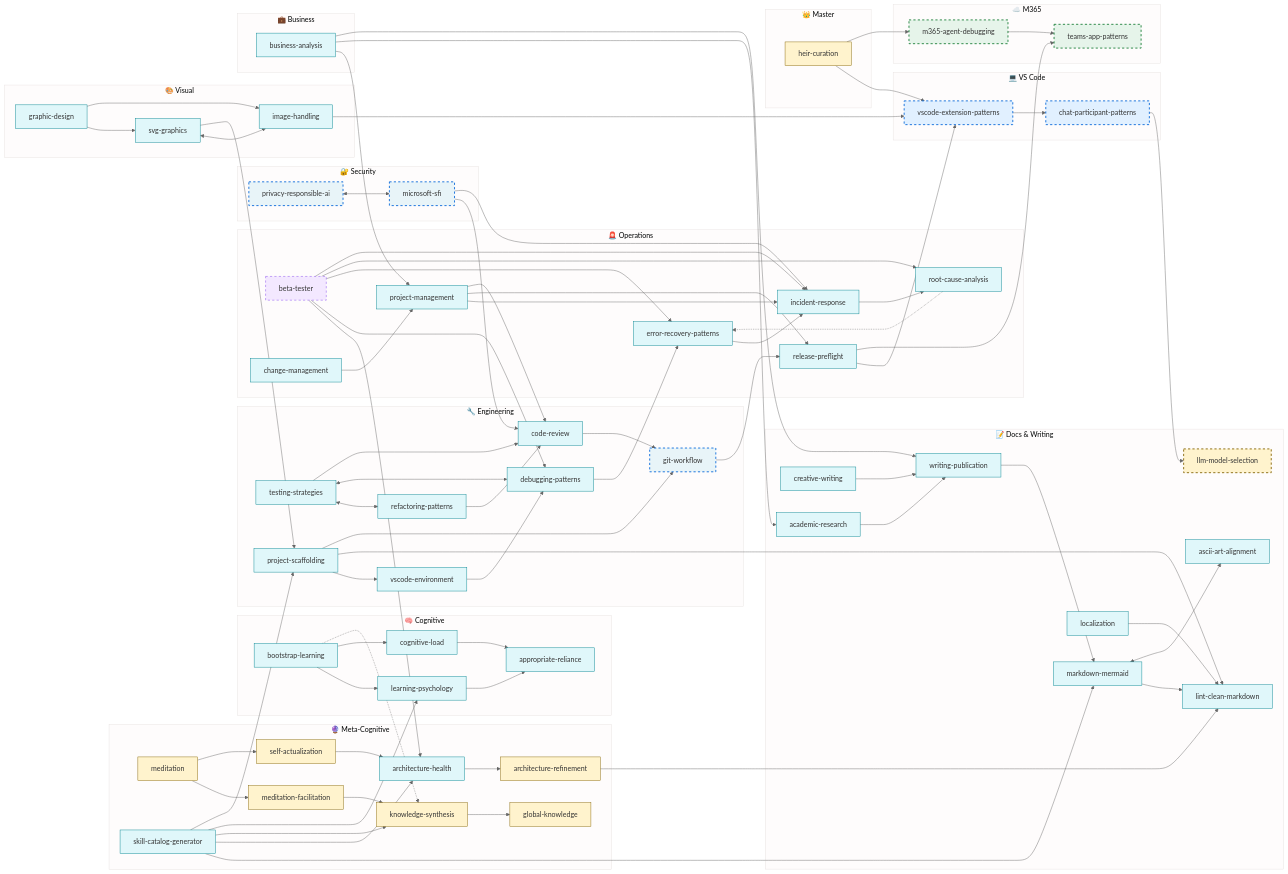
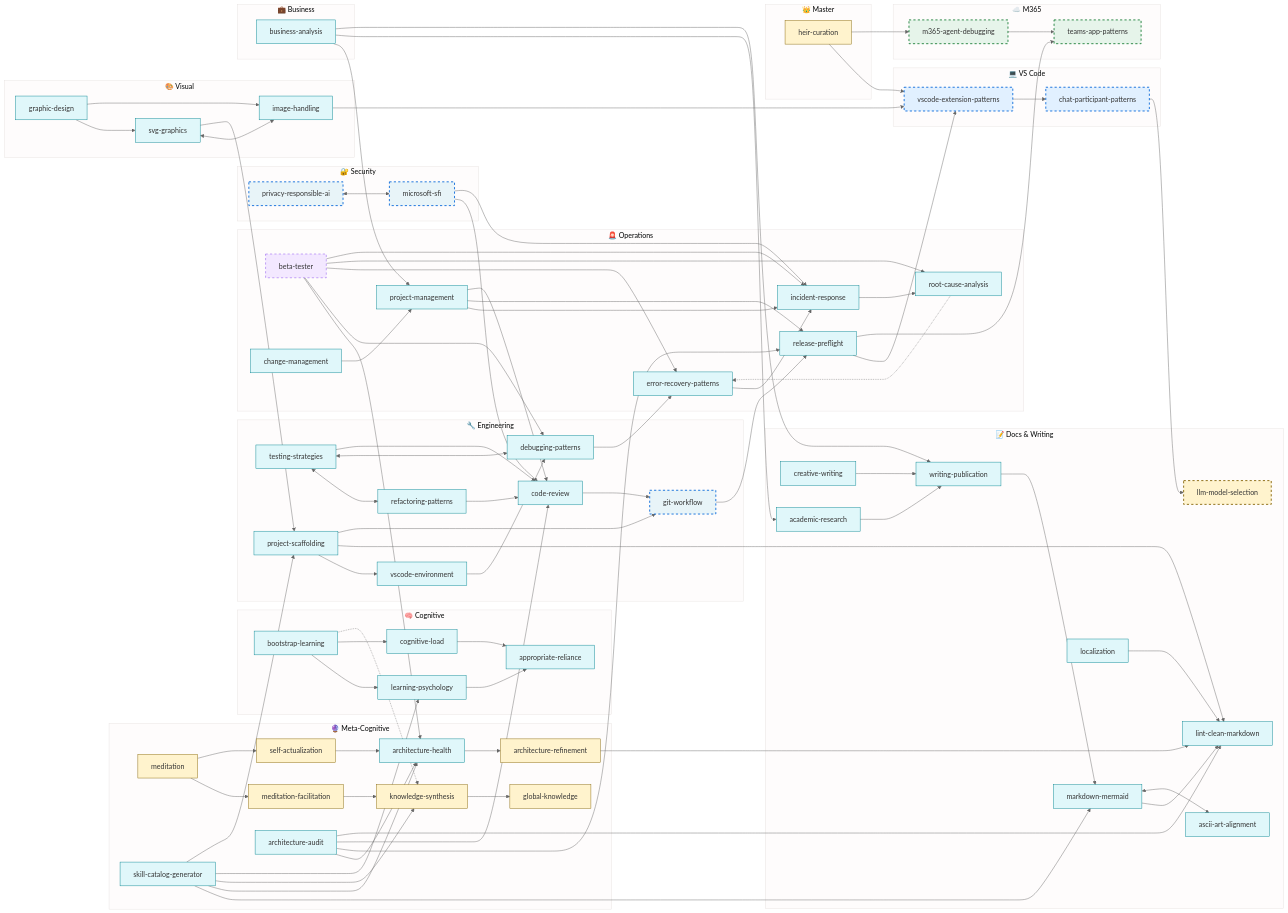
One commit to fabioc-aloha/Alex_Plug_In changed the diagram in alex_docs/SKILLS-CATALOG.md. Above: the diagram before and after it, drawn with Mermaid. The commit also changed other lines of this file and 2 other files, not shown here.

First line of the commit message:
feat: Add architecture-audit skill (inheritable)

````diff
--- a/alex_docs/SKILLS-CATALOG.md
+++ b/alex_docs/SKILLS-CATALOG.md
@@ -185,6 +186,7 @@
         AH[architecture-health]
         ARF[architecture-refinement]
         SCG[skill-catalog-generator]
+        AAU[architecture-audit]
     end
 
     subgraph Eng["🔧 Engineering"]
@@ -256,6 +258,7 @@
     MED --> MF --> KS --> GK
     SA --> AH --> ARF
     SCG --> MM & AH & KS & LP & PS
+    AAU --> AH & RF & CR & LM
 
     %% Beta/temporary skill flow
     BT --> AH & DP & ERP & RCA & IR
@@ -322,5 +325,5 @@
     class MAD,TAP m365
     class VEP,CPP,MAD,TAP,LLM,GW,PRA,SFI stale
     class BT temp
-    class BL,LP,CL,AR,AH,SCG,TS,RP,DP,CR,PS,VSE,ERP,RCA,IR,RF,WP,MM,LM,AA,SVG,IH,ACR,CW,LOC,GD,BA,CM,PM inheritable
+    class BL,LP,CL,AR,AH,SCG,TS,RP,DP,CR,PS,VSE,ERP,RCA,IR,RF,WP,MM,LM,AA,SVG,IH,ACR,CW,LOC,GD,BA,CM,PM,AAU inheritable
 ```
````
